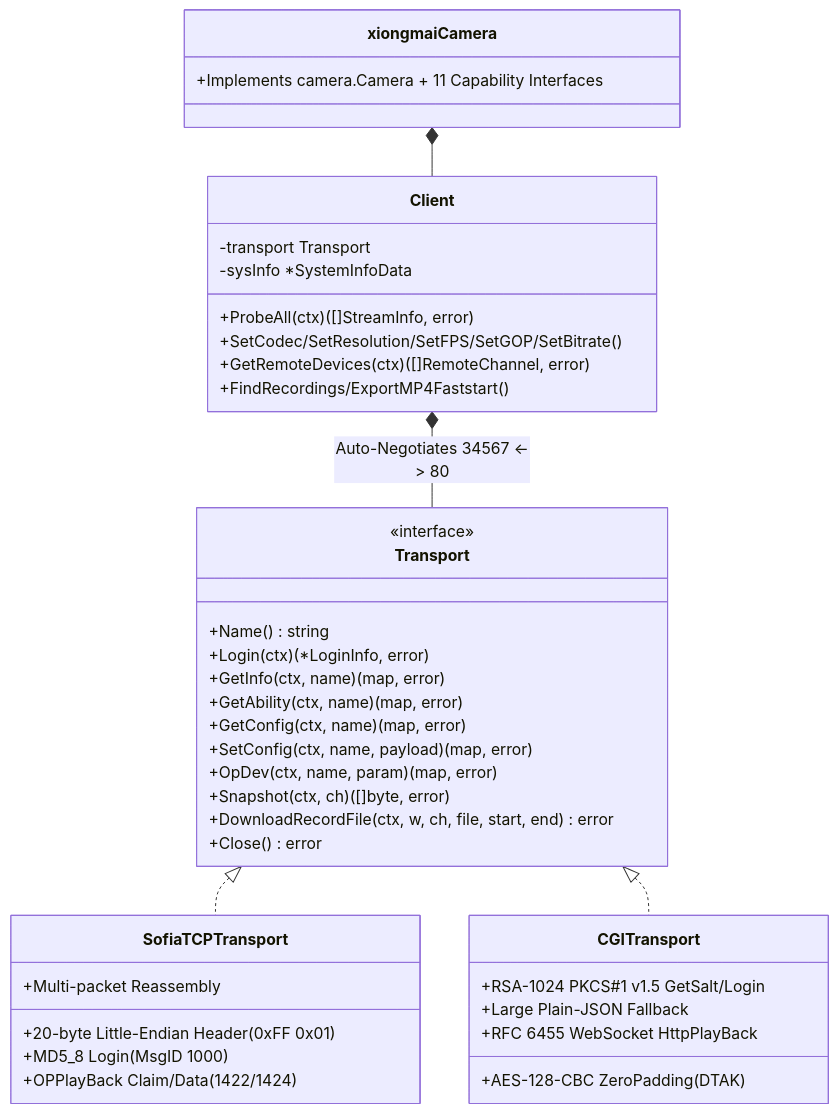
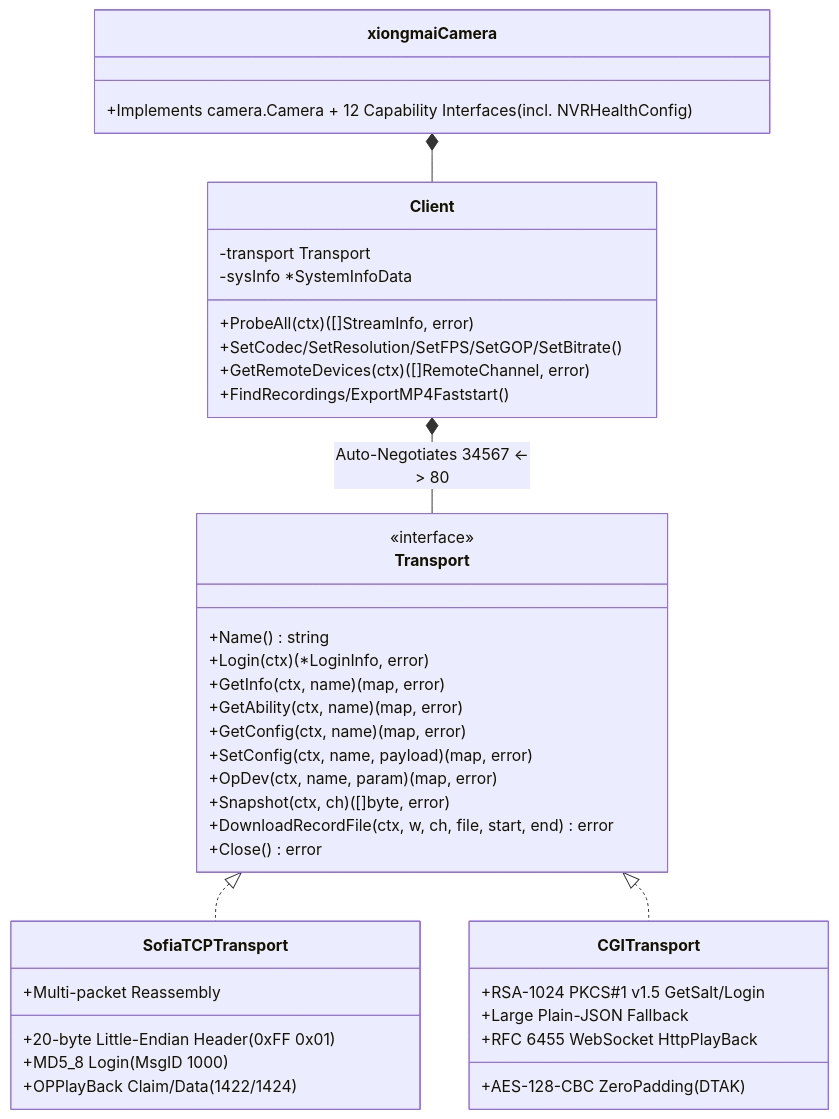
One commit to ngohuynhngockhanh/ksp-camera-auto changed the diagram in docs/PROTOCOL-XIONGMAI.md. Above: the diagram before and after it, drawn with Mermaid. The commit also changed other lines of this file and 15 other files, not shown here.

````diff
--- a/docs/PROTOCOL-XIONGMAI.md
+++ b/docs/PROTOCOL-XIONGMAI.md
@@ -15,43 +15,43 @@
 ```mermaid
 classDiagram
     class Transport {
         <<interface>>
         +Name() string
         +Login(ctx) (*LoginInfo, error)
         +GetInfo(ctx, name) (map, error)
         +GetAbility(ctx, name) (map, error)
         +GetConfig(ctx, name) (map, error)
         +SetConfig(ctx, name, payload) (map, error)
         +OpDev(ctx, name, param) (map, error)
         +Snapshot(ctx, ch) ([]byte, error)
         +DownloadRecordFile(ctx, w, ch, file, start, end) error
         +Close() error
     }
     class SofiaTCPTransport {
         +20-byte Little-Endian Header (0xFF 0x01)
         +MD5_8 Login (MsgID 1000)
         +Multi-packet Reassembly
         +OPPlayBack Claim/Data (1422/1424)
     }
     class CGITransport {
         +RSA-1024 PKCS#1 v1.5 GetSalt/Login
         +AES-128-CBC ZeroPadding (DTAK)
         +Large Plain-JSON Fallback
         +RFC 6455 WebSocket HttpPlayBack
     }
     class Client {
         -transport Transport
         -sysInfo *SystemInfoData
         +ProbeAll(ctx) ([]StreamInfo, error)
         +SetCodec/SetResolution/SetFPS/SetGOP/SetBitrate()
         +GetRemoteDevices(ctx) ([]RemoteChannel, error)
         +FindRecordings/ExportMP4Faststart()
     }
     class xiongmaiCamera {
-        +Implements camera.Camera + 11 Capability Interfaces
+        +Implements camera.Camera + 12 Capability Interfaces (incl. NVRHealthConfig)
     }
     Transport <|.. SofiaTCPTransport
     Transport <|.. CGITransport
     Client *-- Transport : Auto-Negotiates 34567 <-> 80
     xiongmaiCamera *-- Client
 ```
````
